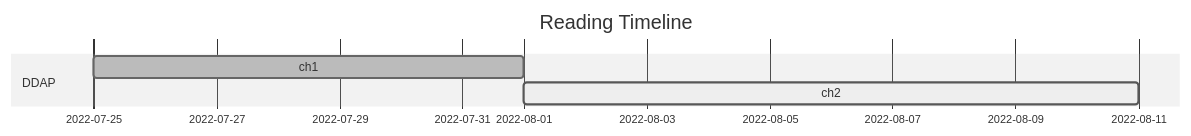
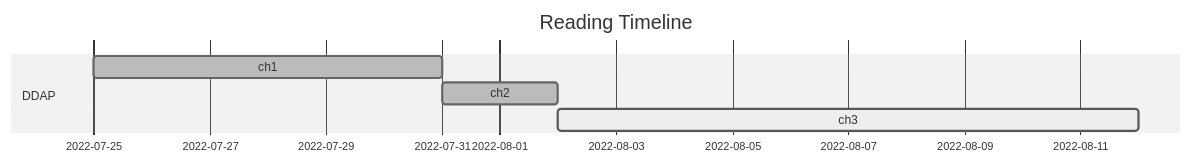
The second of 2 diagrams in README.md (ywjpanda/Designing-Data-intensive-Applications), drawn with Mermaid (neutral theme) before and after one commit. The commit also changed other lines of this file, not shown here.

````diff
--- a/README.md
+++ b/README.md
@@ -22,9 +22,10 @@
 ```mermaid
 gantt
     todayMarker off
     title Reading Timeline
     dateFormat  YYYY-MM-DD
     section DDAP
-    ch1 : done,   des1, 2022-07-25,7d
-    ch2 : active, des2, after des1,10d
+    ch1 : done, des1, 2022-07-25,2022-07-31
+    ch2 : done, des2, after des1,2022-08-02
+    ch3 : active, des3, after des2, 10d
 ```
````
